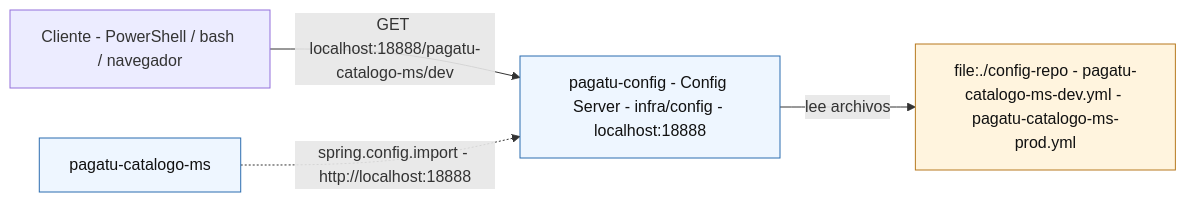
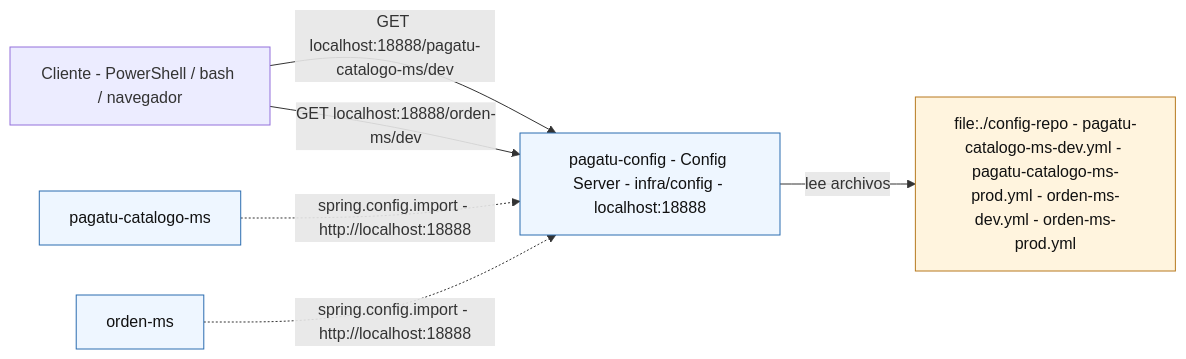
The third of 4 diagrams in docs/sesiones/S02_Configuracion_Centralizada_Ambientes.md (262dist/pagatu), drawn with Mermaid before and after one commit. The commit also changed other lines of this file, not shown here.

````diff
--- a/docs/sesiones/S02_Configuracion_Centralizada_Ambientes.md
+++ b/docs/sesiones/S02_Configuracion_Centralizada_Ambientes.md
@@ -113,16 +225,19 @@
 ```mermaid
 flowchart LR
     Client["Cliente - PowerShell / bash / navegador"]
     Config["pagatu-config - Config Server - infra/config - localhost:18888"]
-    Repo["file:./config-repo - pagatu-catalogo-ms-dev.yml - pagatu-catalogo-ms-prod.yml"]
+    Repo["file:./config-repo - pagatu-catalogo-ms-dev.yml - pagatu-catalogo-ms-prod.yml - orden-ms-dev.yml - orden-ms-prod.yml"]
     Catalogo["pagatu-catalogo-ms"]
+    Orden["orden-ms"]
 
     Client -->|"GET localhost:18888/pagatu-catalogo-ms/dev"| Config
+    Client -->|"GET localhost:18888/orden-ms/dev"| Config
     Config -->|"lee archivos"| Repo
     Catalogo -. "spring.config.import - http://localhost:18888" .-> Config
+    Orden -. "spring.config.import - http://localhost:18888" .-> Config
 
     classDef server fill:#eef6ff,stroke:#2b6cb0,color:#111;
     classDef repo fill:#fff4de,stroke:#b7791f,color:#111;
-    class Config,Catalogo server;
+    class Config,Catalogo,Orden server;
     class Repo repo;
 ```
````
